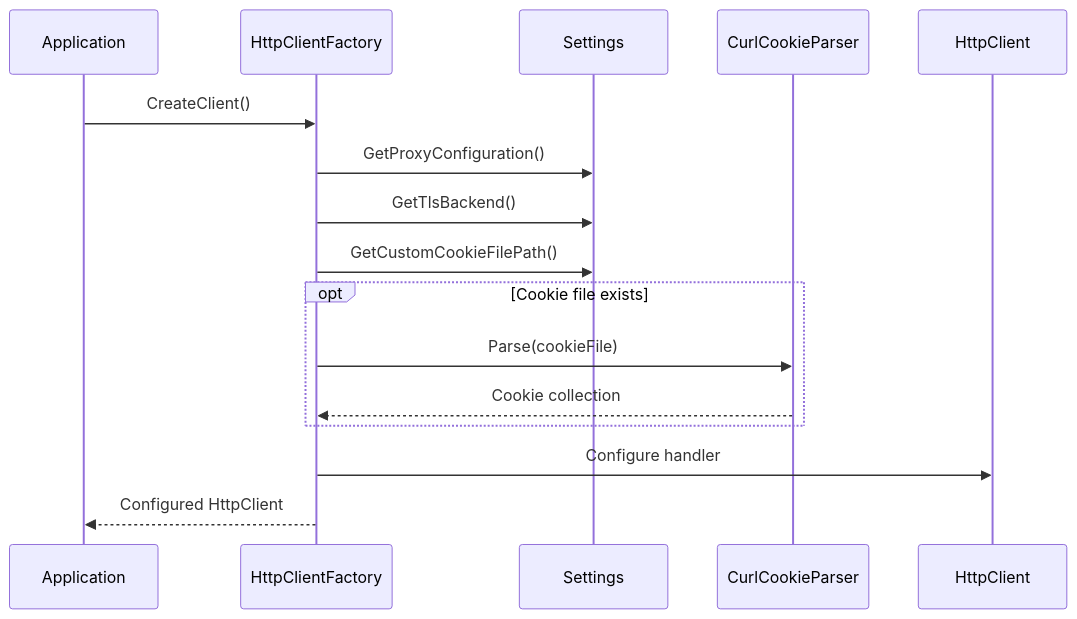
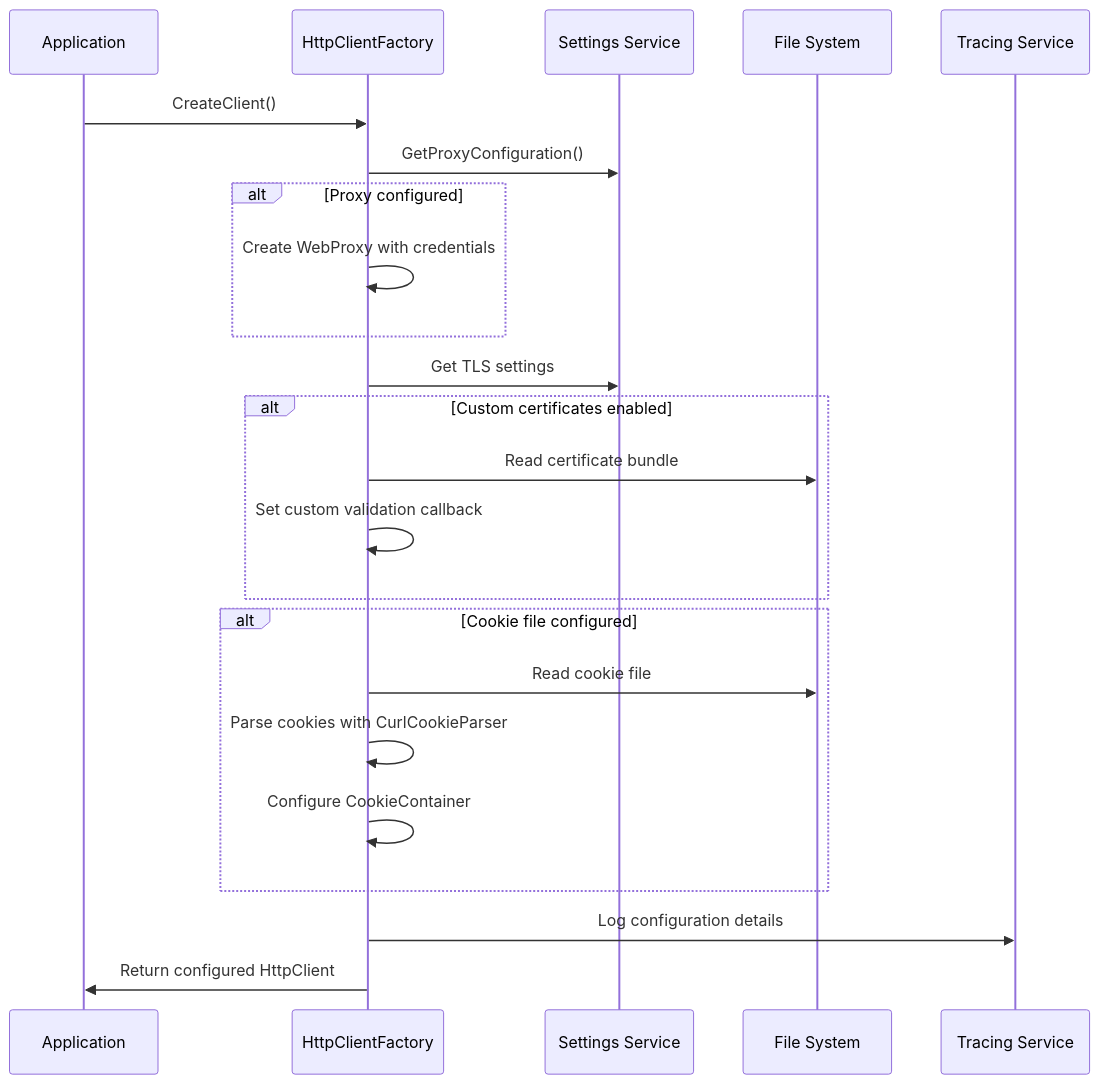
Before and after one commit to FSoft-AI4Code/codewiki-demo: the third of 6 diagrams in docs/git-ecosystem--git-credential-manager-docs/Utilities.md, drawn with Mermaid. The commit also changed other lines of this file and 1103 other files, not shown here.

````diff
--- a/docs/git-ecosystem--git-credential-manager-docs/Utilities.md
+++ b/docs/git-ecosystem--git-credential-manager-docs/Utilities.md
@@ -106,19 +99,29 @@
 ```mermaid
 sequenceDiagram
     participant App as Application
     participant HCF as HttpClientFactory
-    participant Settings
-    participant CookieParser as CurlCookieParser
-    participant Client as HttpClient
+    participant Settings as Settings Service
+    participant FS as File System
+    participant Trace as Tracing Service
     
     App->>HCF: CreateClient()
     HCF->>Settings: GetProxyConfiguration()
-    HCF->>Settings: GetTlsBackend()
-    HCF->>Settings: GetCustomCookieFilePath()
-    opt Cookie file exists
-        HCF->>CookieParser: Parse(cookieFile)
-        CookieParser-->>HCF: Cookie collection
+    alt Proxy configured
+        HCF->>HCF: Create WebProxy with credentials
     end
-    HCF->>Client: Configure handler
-    HCF-->>App: Configured HttpClient
+    
+    HCF->>Settings: Get TLS settings
+    alt Custom certificates enabled
+        HCF->>FS: Read certificate bundle
+        HCF->>HCF: Set custom validation callback
+    end
+    
+    alt Cookie file configured
+        HCF->>FS: Read cookie file
+        HCF->>HCF: Parse cookies with CurlCookieParser
+        HCF->>HCF: Configure CookieContainer
+    end
+    
+    HCF->>Trace: Log configuration details
+    HCF->>App: Return configured HttpClient
 ```
````
